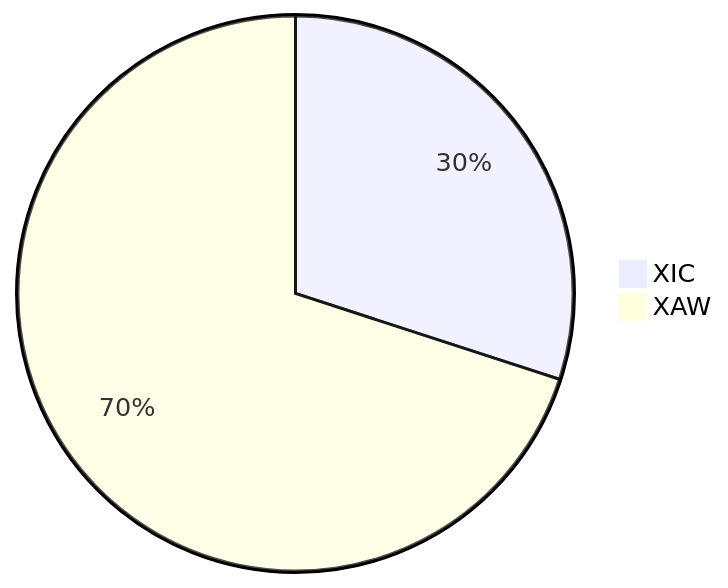
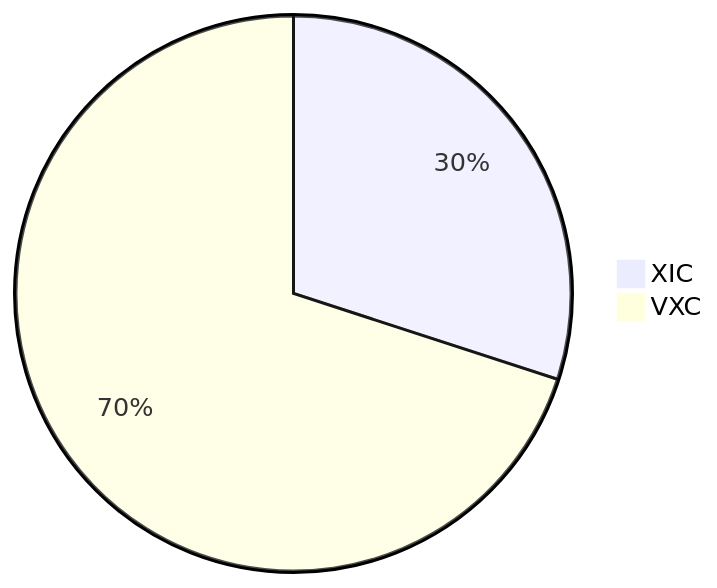
The first of 2 diagrams in ccp-portfolios.md (low-earth-orbit/notes), drawn with Mermaid before and after one commit. The commit also changed other lines of this file, not shown here.

````diff
--- a/ccp-portfolios.md
+++ b/ccp-portfolios.md
@@ -22,5 +17,5 @@
 ```mermaid
 pie
 "XIC" : 30
-"XAW" : 70
+"VXC" : 70
 ```
````
